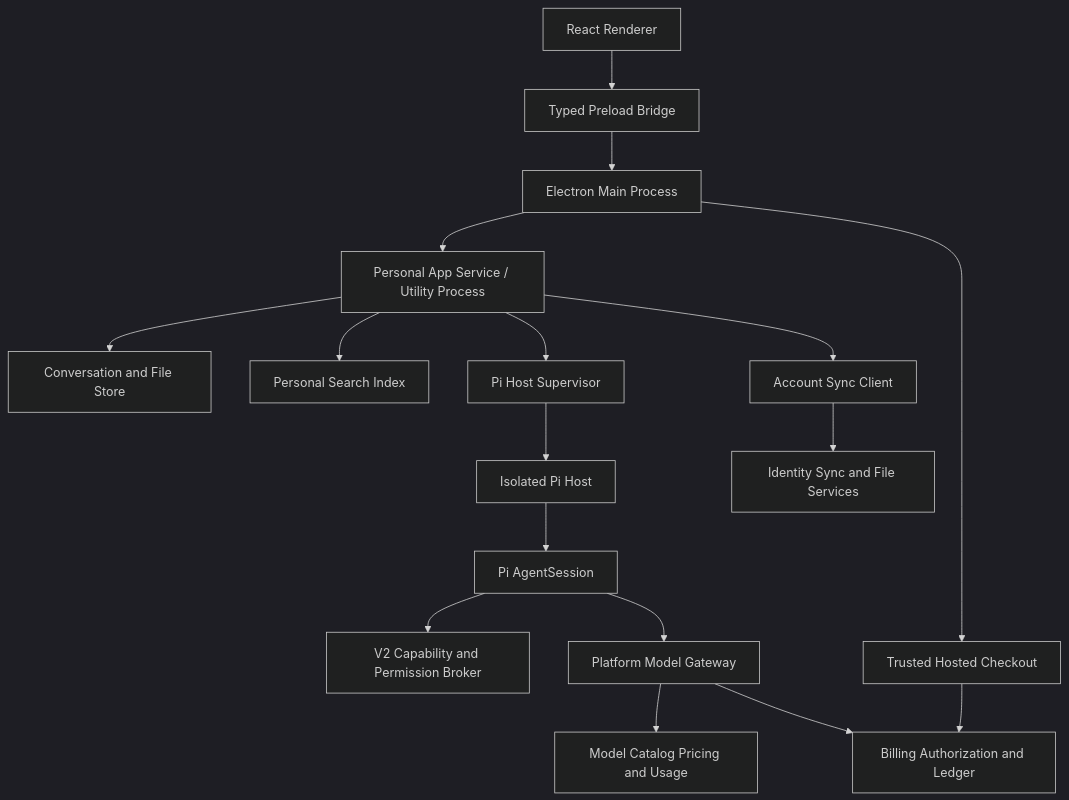
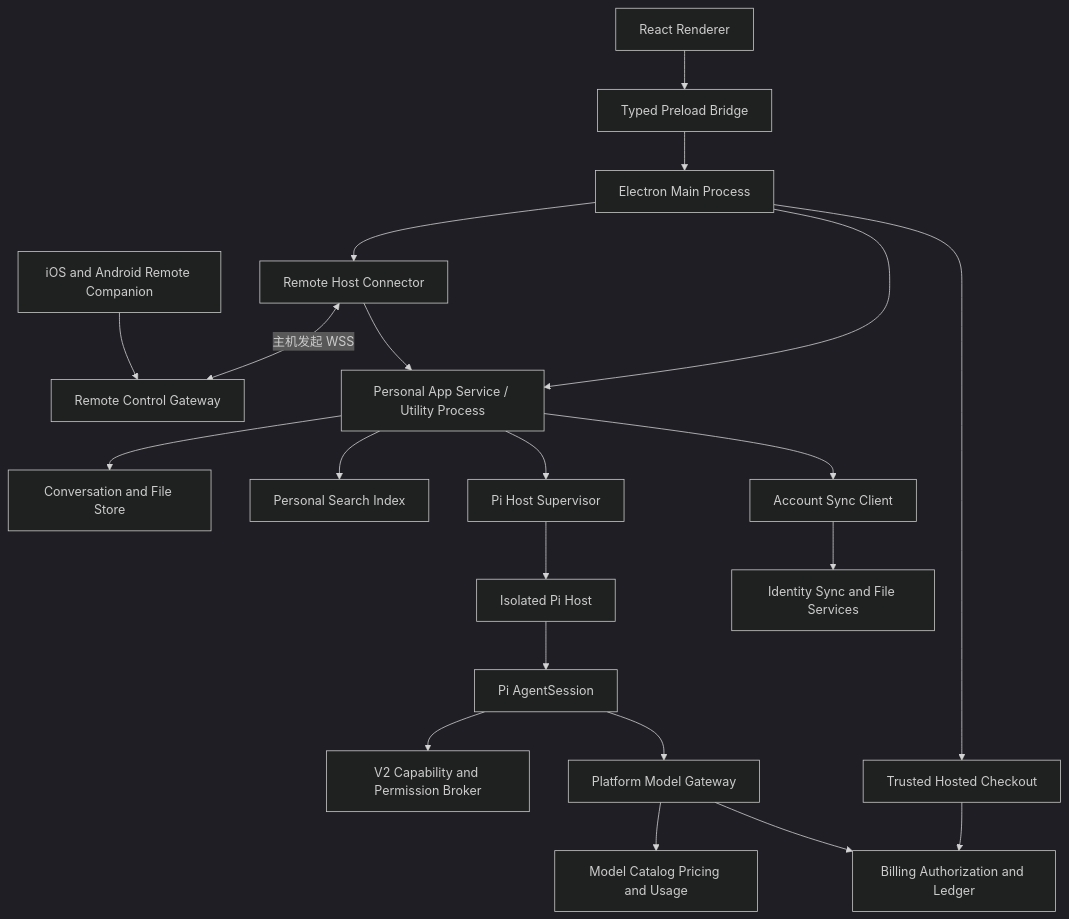
One commit to openerserver/openerx changed the diagram in docs/v2/05-platform-and-pi-contract.md. Above: the diagram before and after it, drawn with Mermaid (dark theme). The commit also changed other lines of this file and 95 other files, not shown here.

````diff
--- a/docs/v2/05-platform-and-pi-contract.md
+++ b/docs/v2/05-platform-and-pi-contract.md
@@ -23,19 +24,23 @@
 ```mermaid
 flowchart TD
+  MOBILE[iOS and Android Remote Companion] --> RELAY[Remote Control Gateway]
+  MAIN --> CONNECTOR[Remote Host Connector]
+  CONNECTOR <-->|"主机发起 WSS"| RELAY
+  CONNECTOR --> APP
   UI[React Renderer] --> PRELOAD[Typed Preload Bridge]
   PRELOAD --> MAIN[Electron Main Process]
   MAIN --> APP[Personal App Service / Utility Process]
   APP --> STORE[Conversation and File Store]
   APP --> SEARCH[Personal Search Index]
   APP --> SUPERVISOR[Pi Host Supervisor]
   SUPERVISOR --> HOST[Isolated Pi Host]
   HOST --> PI[Pi AgentSession]
   PI --> TOOLS[V2 Capability and Permission Broker]
   APP --> SYNC[Account Sync Client]
   SYNC --> CLOUD[Identity Sync and File Services]
   PI --> MODEL[Platform Model Gateway]
   MODEL --> CATALOG[Model Catalog Pricing and Usage]
   MODEL --> BILLING[Billing Authorization and Ledger]
   MAIN --> CHECKOUT[Trusted Hosted Checkout]
   CHECKOUT --> BILLING
 ```
````
